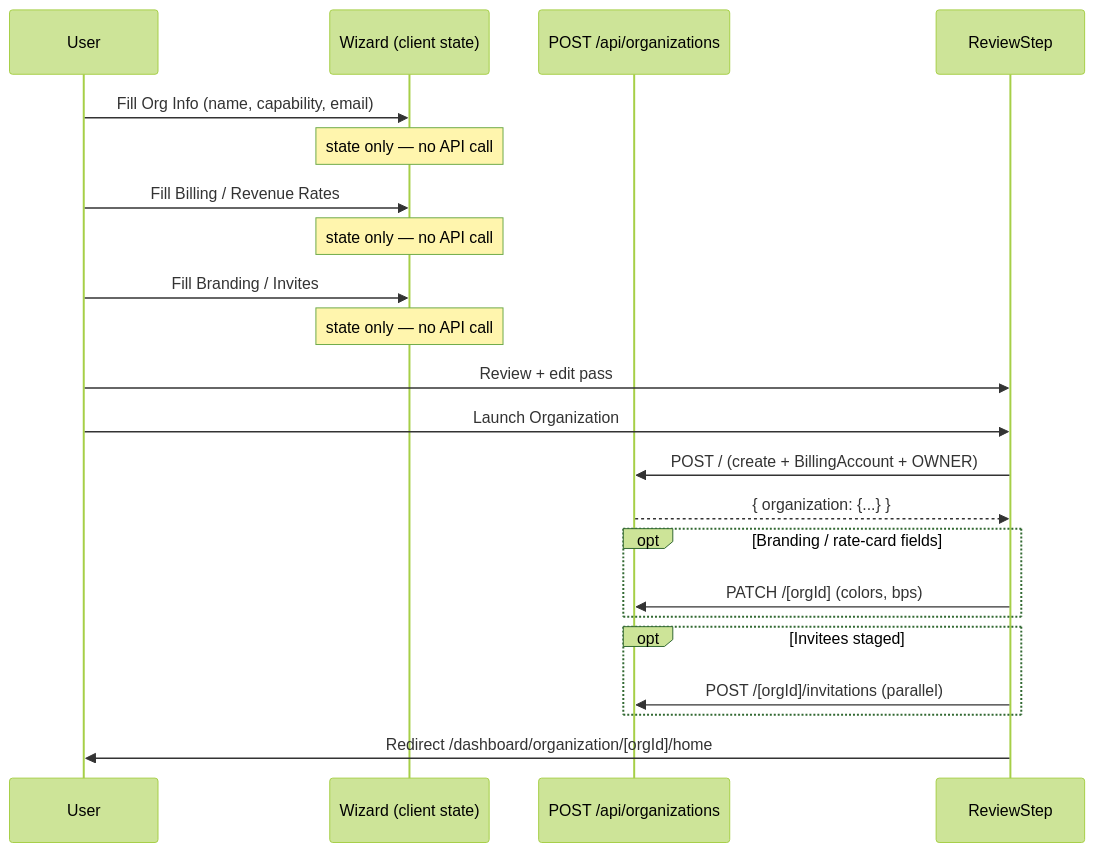
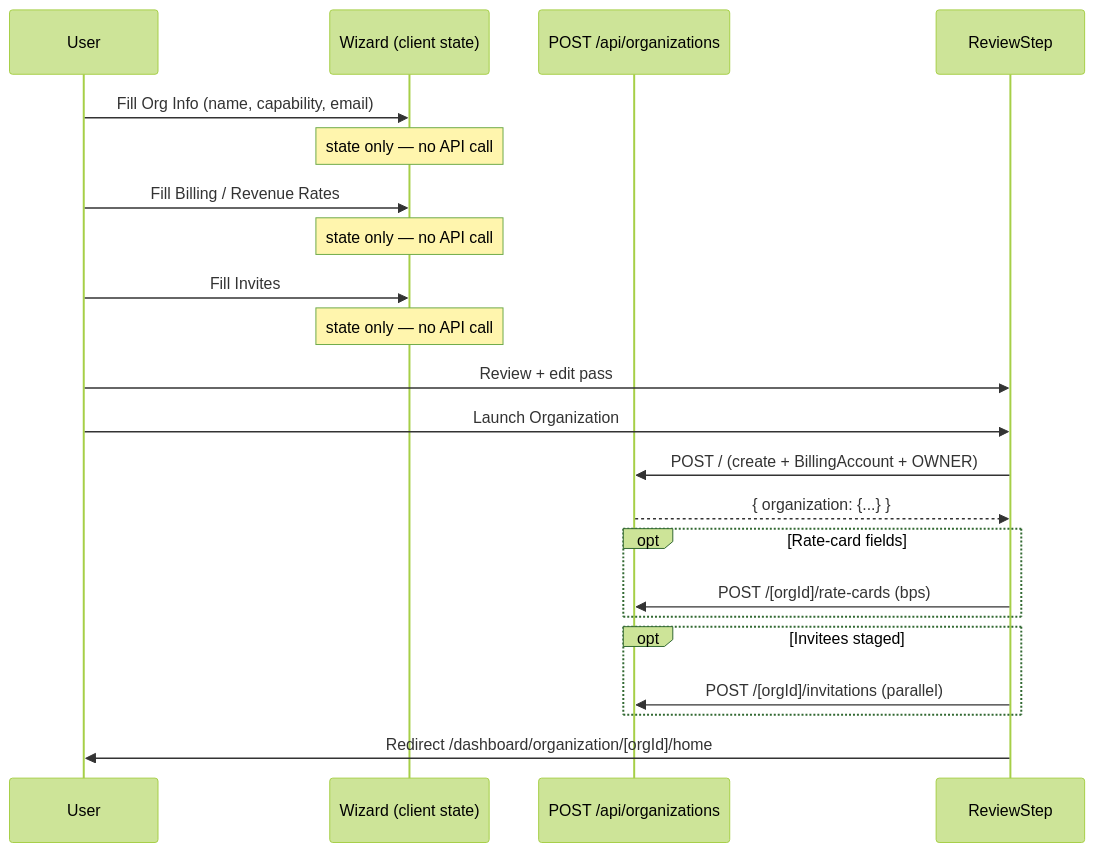
The third of 6 diagrams in docs/enterprise/00-foundations/05-organization-lifecycle.md (Practitionist/familiarise_web), drawn with Mermaid (forest theme) before and after one commit. The commit also changed 8 other files, not shown here.

````diff
--- a/docs/enterprise/00-foundations/05-organization-lifecycle.md
+++ b/docs/enterprise/00-foundations/05-organization-lifecycle.md
@@ -250,25 +250,25 @@
 ```mermaid
 sequenceDiagram
     participant U as User
     participant W as Wizard (client state)
     participant API as POST /api/organizations
     participant R as ReviewStep
 
     U->>W: Fill Org Info (name, capability, email)
     Note over W: state only — no API call
     U->>W: Fill Billing / Revenue Rates
     Note over W: state only — no API call
-    U->>W: Fill Branding / Invites
+    U->>W: Fill Invites
     Note over W: state only — no API call
     U->>R: Review + edit pass
     U->>R: Launch Organization
     R->>API: POST / (create + BillingAccount + OWNER)
     API-->>R: { organization: {...} }
-    opt Branding / rate-card fields
-        R->>API: PATCH /[orgId] (colors, bps)
+    opt Rate-card fields
+        R->>API: POST /[orgId]/rate-cards (bps)
     end
     opt Invitees staged
         R->>API: POST /[orgId]/invitations (parallel)
     end
     R->>U: Redirect /dashboard/organization/[orgId]/home
 ```
````
